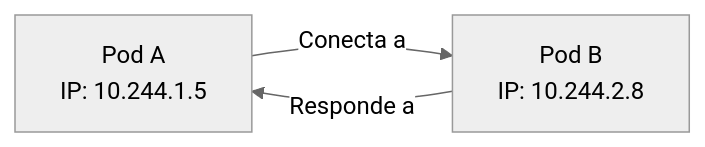
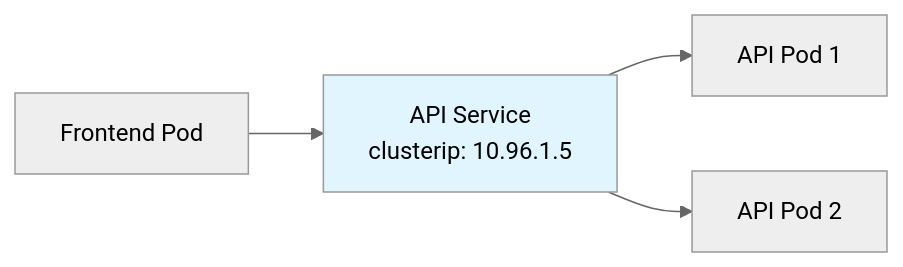
Before and after one commit to map0logo/curso-docker-k8s: the eighth of 25 diagrams in slides/06-redes-k8s.qmd, drawn with Mermaid (neutral theme). The commit also changed other lines of this file, not shown here.

````diff
--- a/slides/06-redes-k8s.qmd
+++ b/slides/06-redes-k8s.qmd
@@ -56,5 +274,8 @@
 ```mermaid
 graph LR
-  A[Pod A<br/>IP: 10.244.1.5] -->|Conecta a| B[Pod B<br/>IP: 10.244.2.8]
-  B -->|Responde a| A
+    A[Frontend Pod] --> B[API Service<br/>clusterip: 10.96.1.5]
+    B --> C[API Pod 1]
+    B --> D[API Pod 2]
+    
+    style B fill:#e1f5fe
 ```
````
